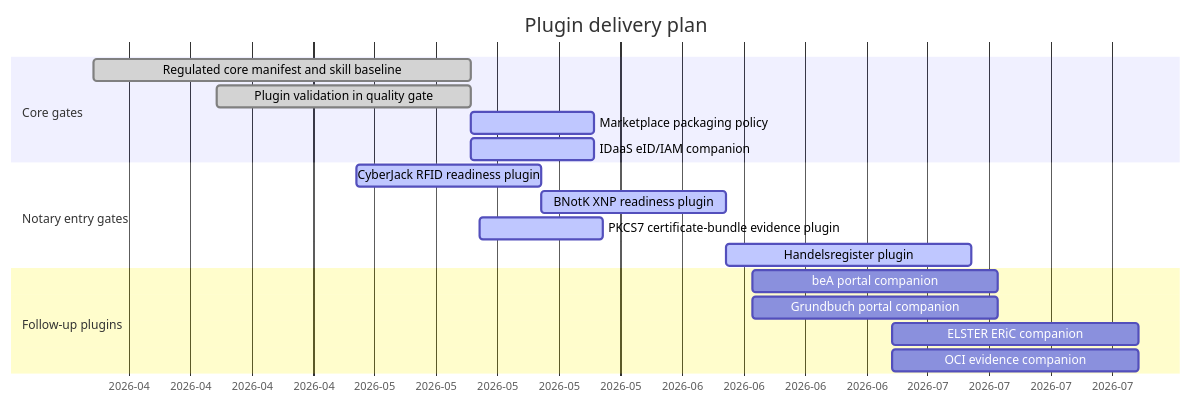
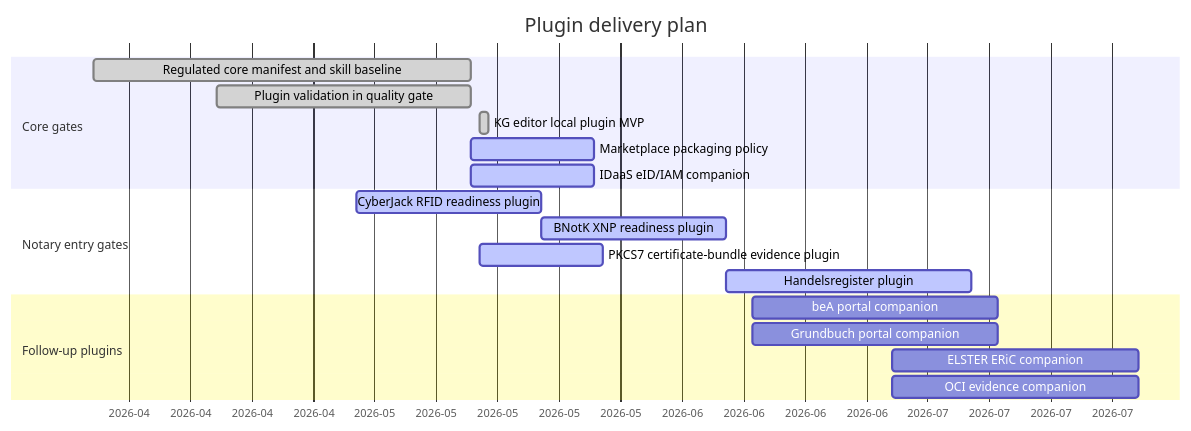
Before and after one commit to ofunk/NaC: the diagram in plugins/GANTT.md, drawn with Mermaid. The commit also changed other lines of this file and 11 other files, not shown here.

Commit message:
Add local KG editor plugin

````diff
--- a/plugins/GANTT.md
+++ b/plugins/GANTT.md
@@ -5,24 +5,25 @@
 ```mermaid
 gantt
     title Plugin delivery plan
     dateFormat  YYYY-MM-DD
     axisFormat  %Y-%m
 
     section Core gates
     Regulated core manifest and skill baseline :done,   p1, 2026-04-01, 2026-05-14
     Plugin validation in quality gate          :done,   p2, 2026-04-15, 2026-05-14
+    KG editor local plugin MVP                 :done,   p2a, 2026-05-15, 1d
     Marketplace packaging policy               :active, p3, 2026-05-14, 14d
     IDaaS eID/IAM companion                    :active, p4, 2026-05-14, 14d
 
     section Notary entry gates
     CyberJack RFID readiness plugin            :active, p5, 2026-05-01, 21d
     BNotK XNP readiness plugin                 :active, p6, after p5, 21d
     PKCS7 certificate-bundle evidence plugin   :active, p6a, 2026-05-15, 14d
     Handelsregister plugin                     :active, p7, after p6, 28d
 
     section Follow-up plugins
     beA portal companion                       :        p8, 2026-06-15, 28d
     Grundbuch portal companion                 :        p9, 2026-06-15, 28d
     ELSTER ERiC companion                      :        p10, 2026-07-01, 28d
     OCI evidence companion                     :        p11, 2026-07-01, 28d
 ```
````
